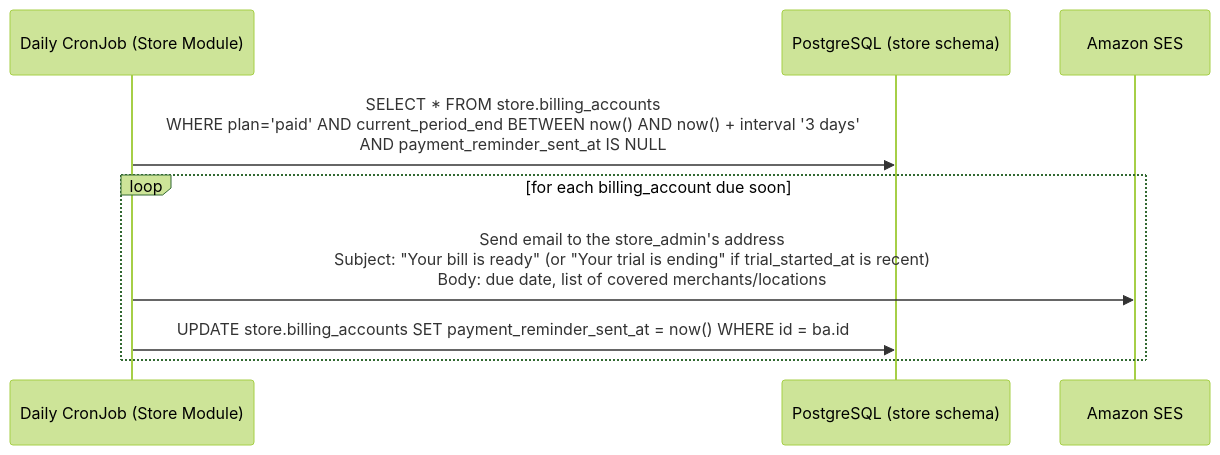
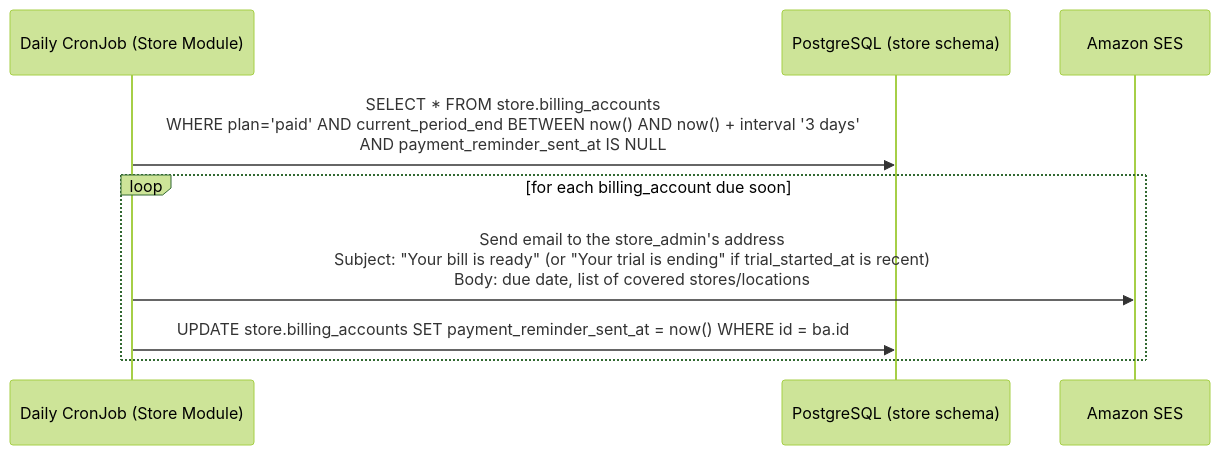
One commit to szhanggit/appointmentsystemdesign changed the fourth of 6 diagrams in usercasestudy/groway-billing-workflow.md. Above: the diagram before and after it, drawn with Mermaid (forest theme). The commit also changed other lines of this file, not shown here.

Commit message:
terminology: Chain=连锁, store=一家店; merchant retired (reserved for future use)

````diff
--- a/usercasestudy/groway-billing-workflow.md
+++ b/usercasestudy/groway-billing-workflow.md
@@ -145,12 +145,12 @@
 ```mermaid
 sequenceDiagram
     participant CRON as Daily CronJob (Store Module)
     participant DB as PostgreSQL (store schema)
     participant SES as Amazon SES
 
     CRON->>DB: SELECT * FROM store.billing_accounts<br/>WHERE plan='paid' AND current_period_end BETWEEN now() AND now() + interval '3 days'<br/>AND payment_reminder_sent_at IS NULL
     loop for each billing_account due soon
-        CRON->>SES: Send email to the store_admin's address<br/>Subject: "Your bill is ready" (or "Your trial is ending" if trial_started_at is recent)<br/>Body: due date, list of covered merchants/locations
+        CRON->>SES: Send email to the store_admin's address<br/>Subject: "Your bill is ready" (or "Your trial is ending" if trial_started_at is recent)<br/>Body: due date, list of covered stores/locations
         CRON->>DB: UPDATE store.billing_accounts SET payment_reminder_sent_at = now() WHERE id = ba.id
     end
 ```
````
